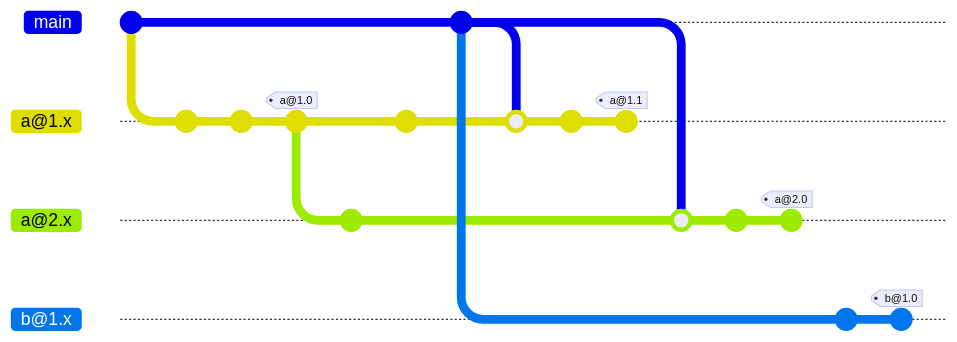
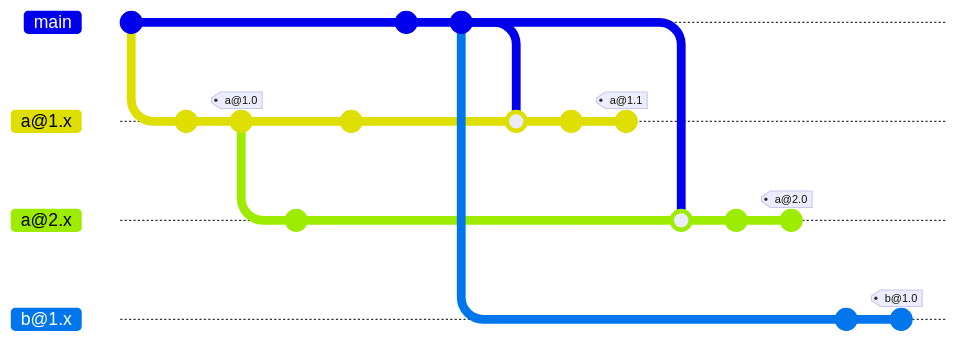
Before and after one commit to parksb/pedia: the sixth of 6 diagrams in docs/branching-strategies-for-package-monorepo.md, drawn with Mermaid. The commit also changed other lines of this file and 4 other files, not shown here. Commit ids are hidden.

````diff
--- a/docs/branching-strategies-for-package-monorepo.md
+++ b/docs/branching-strategies-for-package-monorepo.md
@@ -93,29 +193,29 @@
 ```mermaid
 gitGraph
     commit
     branch "a@1.x"
     checkout main
     checkout "a@1.x"
     commit
-    commit
     commit tag:"a@1.0"
     branch "a@2.x"
     commit
     checkout "a@1.x"
     commit
     checkout main
+    commit
     commit
     branch "b@1.x"
     checkout "a@1.x"
     merge main
     commit
     commit tag:"a@1.1"
     checkout "a@2.x"
     merge main
     commit
     commit tag:"a@2.0"
     checkout main
     checkout "b@1.x"
     commit
     commit tag:"b@1.0"
 ```
````
